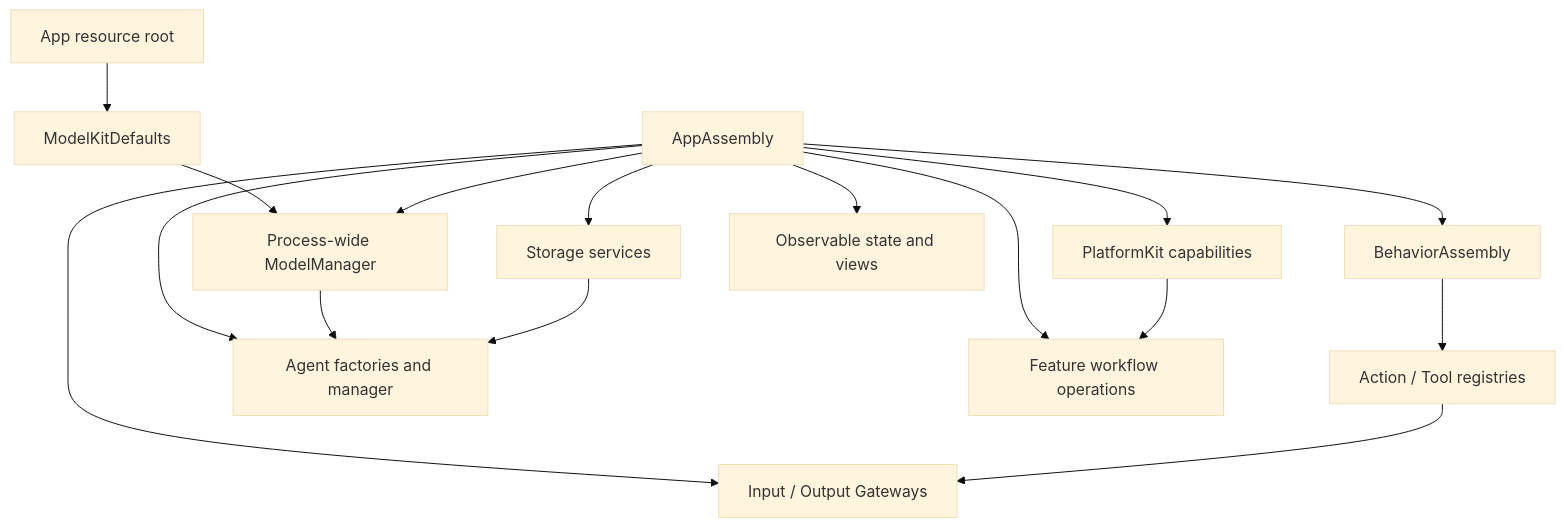
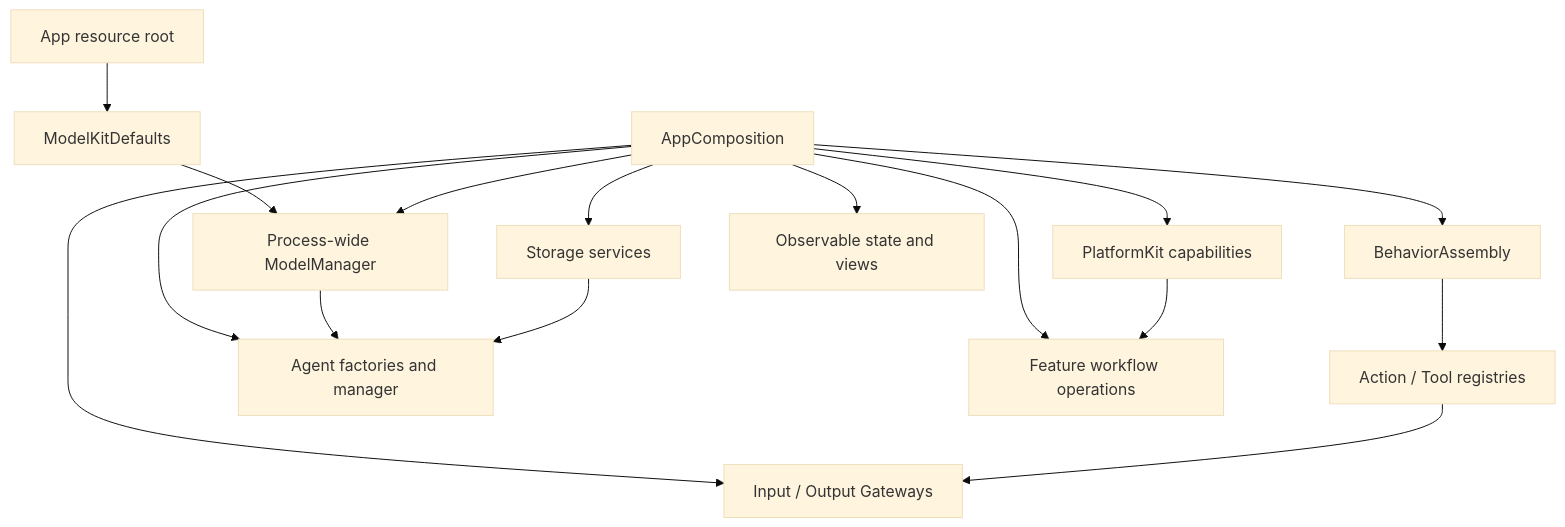
One commit to devilyouwei/MobileHarness changed the fourth of 32 diagrams in MobileHarness/README.md. Above: the diagram before and after it, drawn with Mermaid (base theme). The commit also changed other lines of this file and 254 other files, not shown here.

First line of the commit message:
refactor: isolate app composition and module bindings

````diff
--- a/MobileHarness/README.md
+++ b/MobileHarness/README.md
@@ -401,18 +362,18 @@
 ```mermaid
 flowchart TD
     Resources[App resource root] --> Defaults[ModelKitDefaults]
     Defaults --> Manager[Process-wide ModelManager]
-    App[AppAssembly] --> Manager
+    App[AppComposition] --> Manager
     App --> Stores[Storage services]
     App --> Platform[PlatformKit capabilities]
     App --> Behaviors[BehaviorAssembly]
     Behaviors --> Registries[Action / Tool registries]
     App --> Gateway[Input / Output Gateways]
     App --> Agents[Agent factories and manager]
     App --> Workflows[Feature workflow operations]
     App --> UI[Observable state and views]
     Registries --> Gateway
     Manager --> Agents
     Stores --> Agents
     Platform --> Workflows
 ```
````
